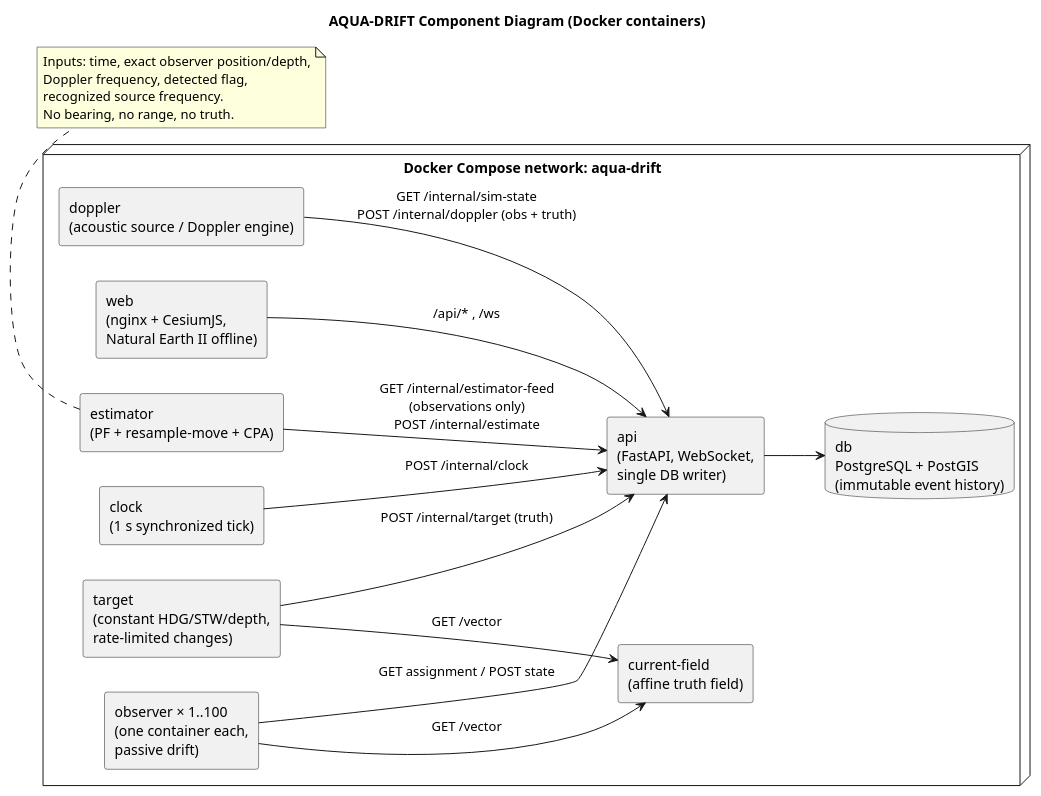
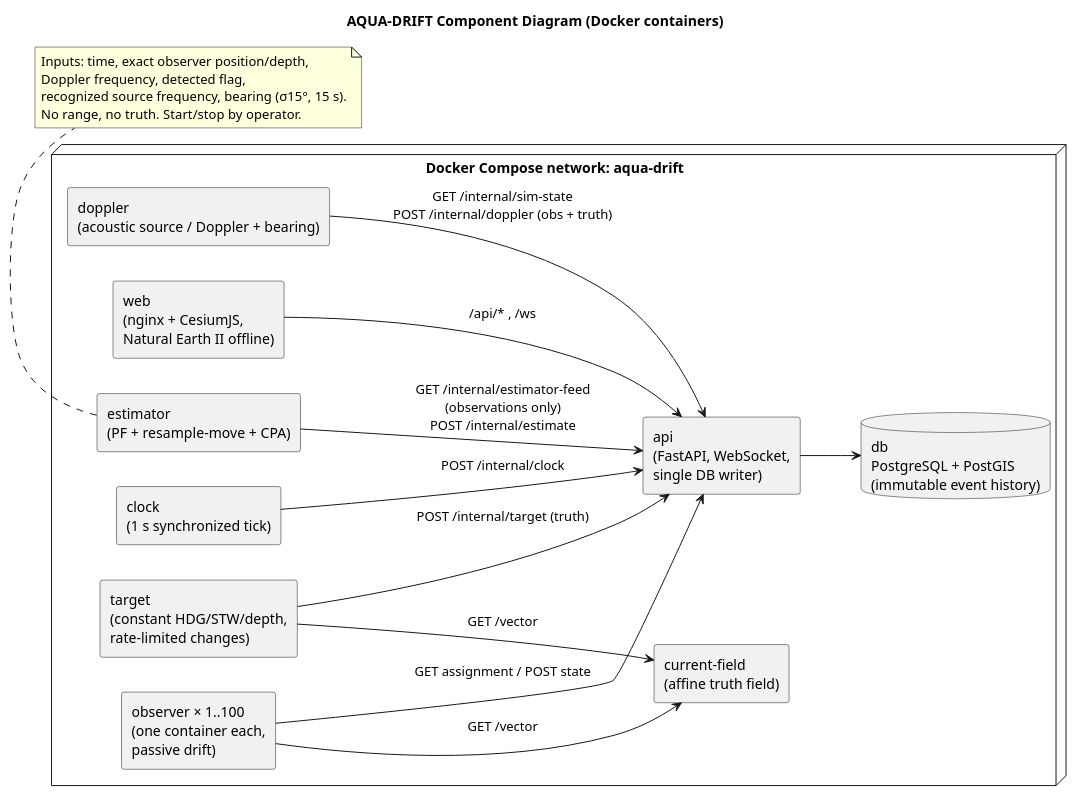
One commit to UeEmon/aqua-drift-simulator changed the diagram in docs/uml/components.puml. Above: the diagram before and after it, drawn with PlantUML. The commit also changed 29 other files, not shown here.

First line of the commit message:
Add estimate-vs-truth comparison, target setup tab, estimation start/stop, bearings, surround layout

```diff
--- a/docs/uml/components.puml
+++ b/docs/uml/components.puml
@@ -1,34 +1,34 @@
 @startuml
 title AQUA-DRIFT Component Diagram (Docker containers)
 left to right direction
 skinparam componentStyle rectangle
 
 node "Docker Compose network: aqua-drift" {
   component "clock\n(1 s synchronized tick)" as Clock
   component "target\n(constant HDG/STW/depth,\nrate-limited changes)" as Target
   component "observer × 1..100\n(one container each,\npassive drift)" as Observer
   component "current-field\n(affine truth field)" as Field
-  component "doppler\n(acoustic source / Doppler engine)" as Doppler
+  component "doppler\n(acoustic source / Doppler + bearing)" as Doppler
   component "estimator\n(PF + resample-move + CPA)" as Estimator
   component "api\n(FastAPI, WebSocket,\nsingle DB writer)" as API
   database "db\nPostgreSQL + PostGIS\n(immutable event history)" as DB
   component "web\n(nginx + CesiumJS,\nNatural Earth II offline)" as GIS
 }
 
 Clock --> API : POST /internal/clock
 Target --> Field : GET /vector
 Observer --> Field : GET /vector
 Target --> API : POST /internal/target (truth)
 Observer --> API : GET assignment / POST state
 Doppler --> API : GET /internal/sim-state\nPOST /internal/doppler (obs + truth)
 Estimator --> API : GET /internal/estimator-feed\n(observations only)\nPOST /internal/estimate
 API --> DB
 GIS --> API : /api/* , /ws
 
 note bottom of Estimator
 Inputs: time, exact observer position/depth,
 Doppler frequency, detected flag,
-recognized source frequency.
-No bearing, no range, no truth.
+recognized source frequency, bearing (σ15°, 15 s).
+No range, no truth. Start/stop by operator.
 end note
 @enduml
```
